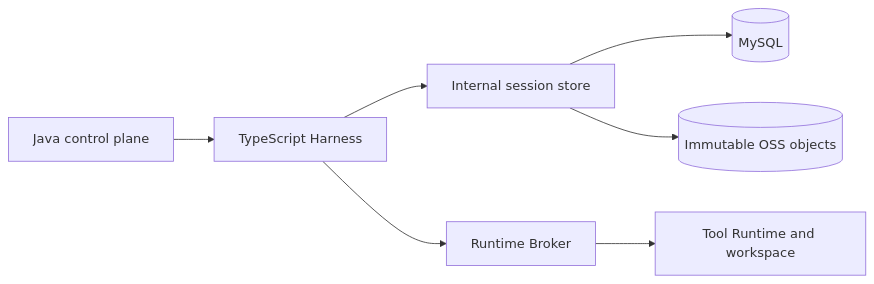
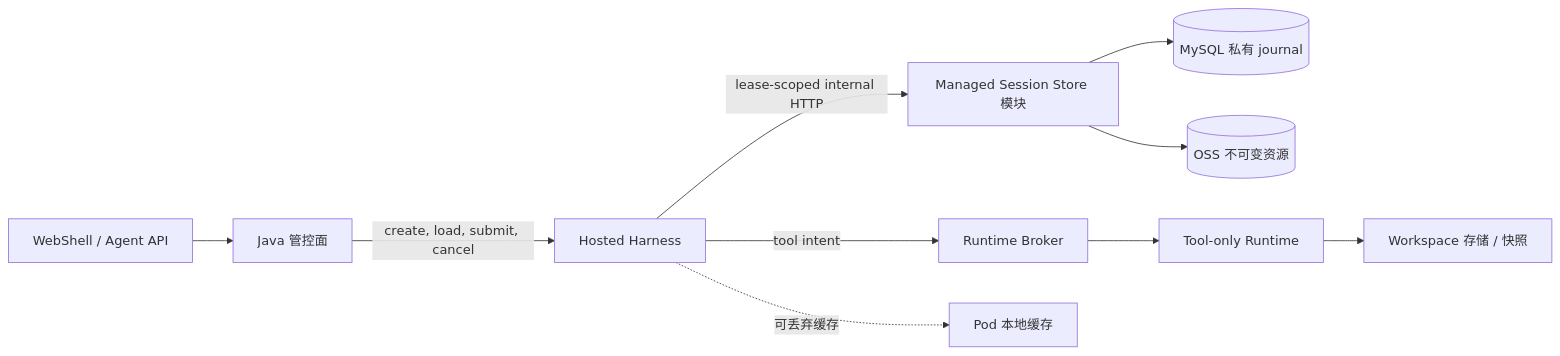
One commit to QwenLM/qwen-code changed the diagram in docs/design/2026-09-21-managed-session-durable-store.zh-CN.md. Above: the diagram before and after it, drawn with Mermaid. The commit also changed other lines of this file and 3 other files, not shown here.

Commit message:
docs: separate managed session foundation design

````diff
--- a/docs/design/2026-09-21-managed-session-durable-store.zh-CN.md
+++ b/docs/design/2026-09-21-managed-session-durable-store.zh-CN.md
@@ -40,9 +55,12 @@
 ```mermaid
 flowchart LR
-  JAVA[Java control plane] --> H[TypeScript Harness]
-  H --> STORE[Internal session store]
-  STORE --> DB[(MySQL)]
-  STORE --> OSS[(Immutable OSS objects)]
-  H --> BROKER[Runtime Broker]
-  BROKER --> RT[Tool Runtime and workspace]
+  UI[WebShell / Agent API] --> JAVA[Java 管控面]
+  JAVA -->|create, load, submit, cancel| H[Hosted Harness]
+  H -->|lease-scoped internal HTTP| STORE[Managed Session Store 模块]
+  STORE --> DB[(MySQL 私有 journal)]
+  STORE --> OSS[(OSS 不可变资源)]
+  H -->|tool intent| BROKER[Runtime Broker]
+  BROKER --> RT[Tool-only Runtime]
+  RT --> WS[Workspace 存储 / 快照]
+  H -. 可丢弃缓存 .-> CACHE[Pod 本地缓存]
 ```
````
